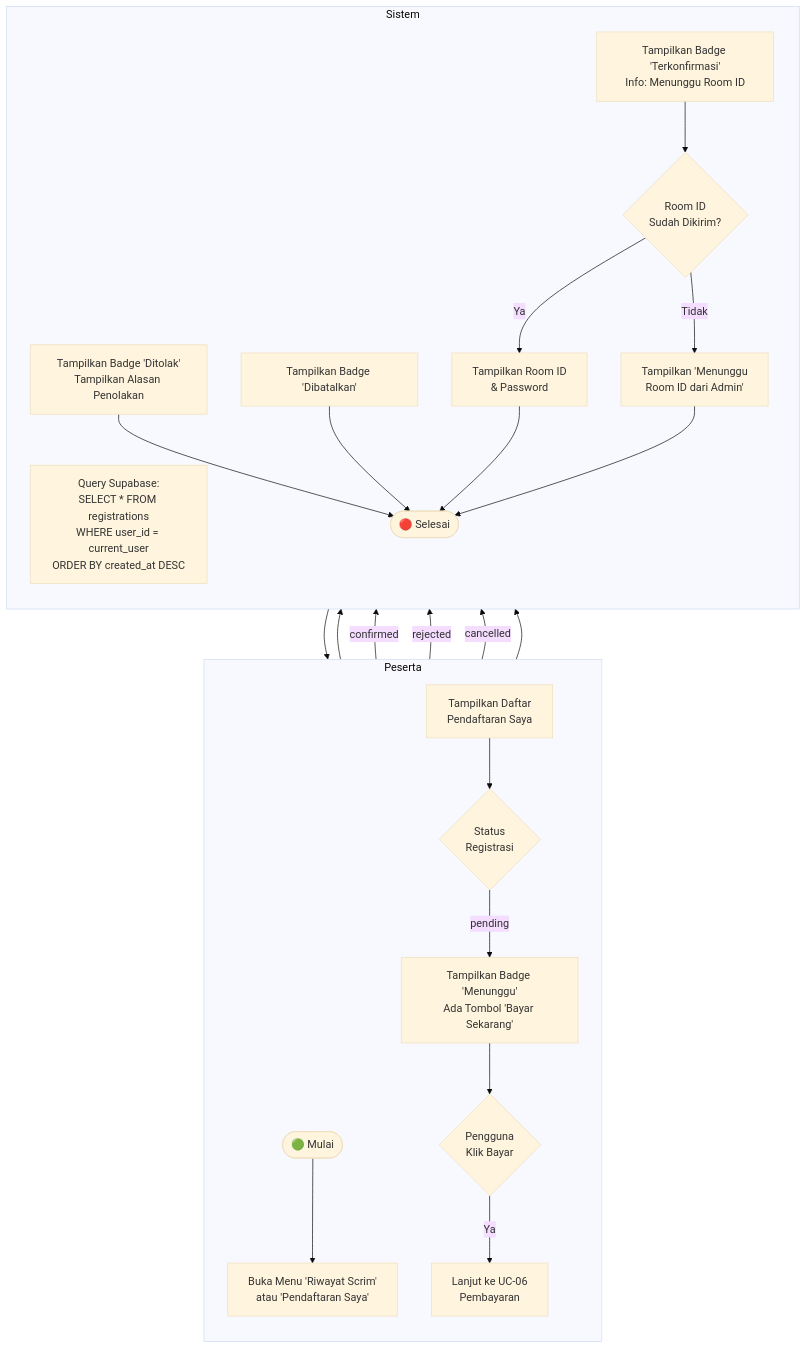
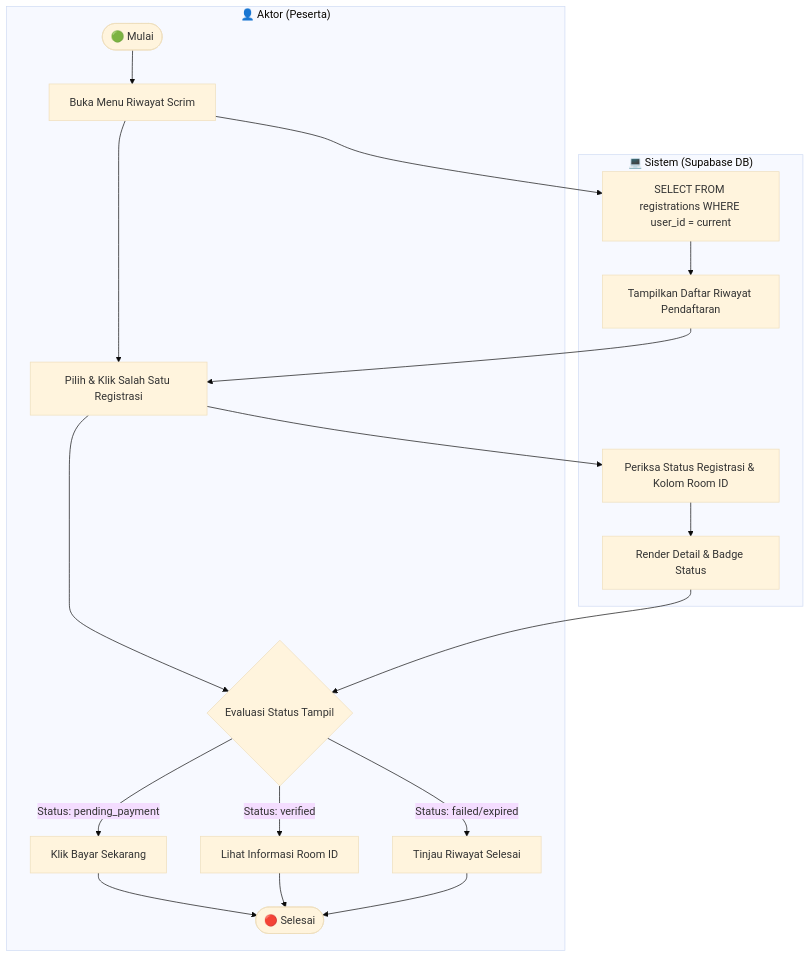
The eighth of 43 diagrams in DOKUMENTASI.md (yosima050/booyahhub), drawn with Mermaid (base theme) before and after one commit. The commit also changed other lines of this file, not shown here.

````diff
--- a/DOKUMENTASI.md
+++ b/DOKUMENTASI.md
@@ -431,24 +334,19 @@
 ```mermaid
 flowchart TD
-    subgraph Peserta
-        direction TB
-        A([🟢 Mulai]) --> B[Buka Menu 'Riwayat Scrim'<br/>atau 'Pendaftaran Saya']
-        D --> E
-        F --> J{Pengguna<br/>Klik Bayar}
-        J -->|Ya| K[Lanjut ke UC-06<br/>Pembayaran]
+    subgraph Aktor ["👤 Aktor (Peserta)"]
+        G1([🟢 Mulai]) --> G2[Buka Menu Riwayat Scrim]
+        G2 --> G3[Pilih & Klik Salah Satu Registrasi]
+        G3 --> G4{Evaluasi Status Tampil}
+        G4 -->|Status: pending_payment| G5[Klik Bayar Sekarang]
+        G4 -->|Status: verified| G6[Lihat Informasi Room ID]
+        G4 -->|Status: failed/expired| G7[Tinjau Riwayat Selesai]
+        G5 & G6 & G7 --> G8([🔴 Selesai])
     end
 
-    subgraph Sistem
-        direction TB
-        B --> C[Query Supabase:<br/>SELECT * FROM registrations<br/>WHERE user_id = current_user<br/>ORDER BY created_at DESC]
-        C --> D[Tampilkan Daftar<br/>Pendaftaran Saya]
-        E{Status<br/>Registrasi} -->|pending| F[Tampilkan Badge 'Menunggu'<br/>Ada Tombol 'Bayar Sekarang']
-        E -->|confirmed| G[Tampilkan Badge 'Terkonfirmasi'<br/>Info: Menunggu Room ID]
-        E -->|rejected| H[Tampilkan Badge 'Ditolak'<br/>Tampilkan Alasan Penolakan]
-        E -->|cancelled| I[Tampilkan Badge 'Dibatalkan']
-        G --> L{Room ID<br/>Sudah Dikirim?}
-        L -->|Ya| M[Tampilkan Room ID<br/>& Password]
-        L -->|Tidak| N[Tampilkan 'Menunggu<br/>Room ID dari Admin']
-        H & I & K & M & N --> O([🔴 Selesai])
+    subgraph Sistem ["💻 Sistem (Supabase DB)"]
+        G2 --> S1[SELECT FROM registrations WHERE user_id = current]
+        S1 --> S2[Tampilkan Daftar Riwayat Pendaftaran] --> G3
+        G3 --> S3[Periksa Status Registrasi & Kolom Room ID]
+        S3 --> S4[Render Detail & Badge Status] --> G4
     end
 ```
````
